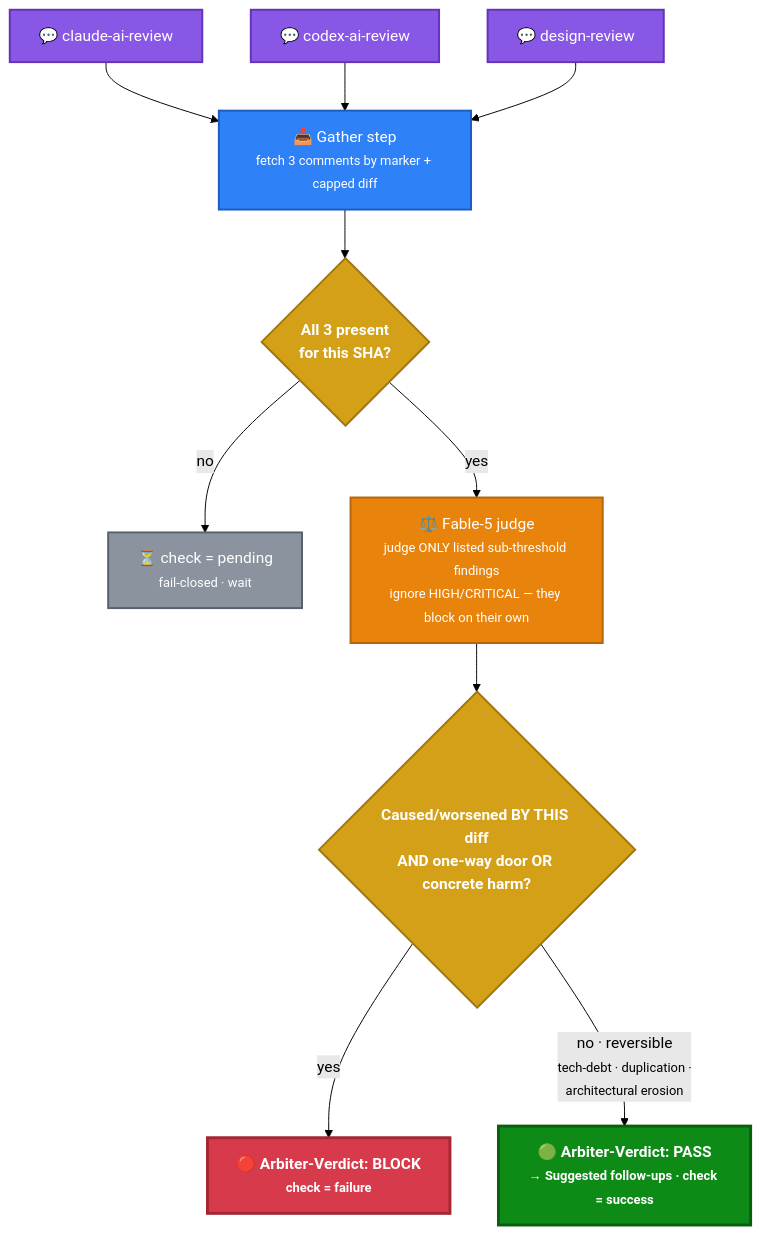
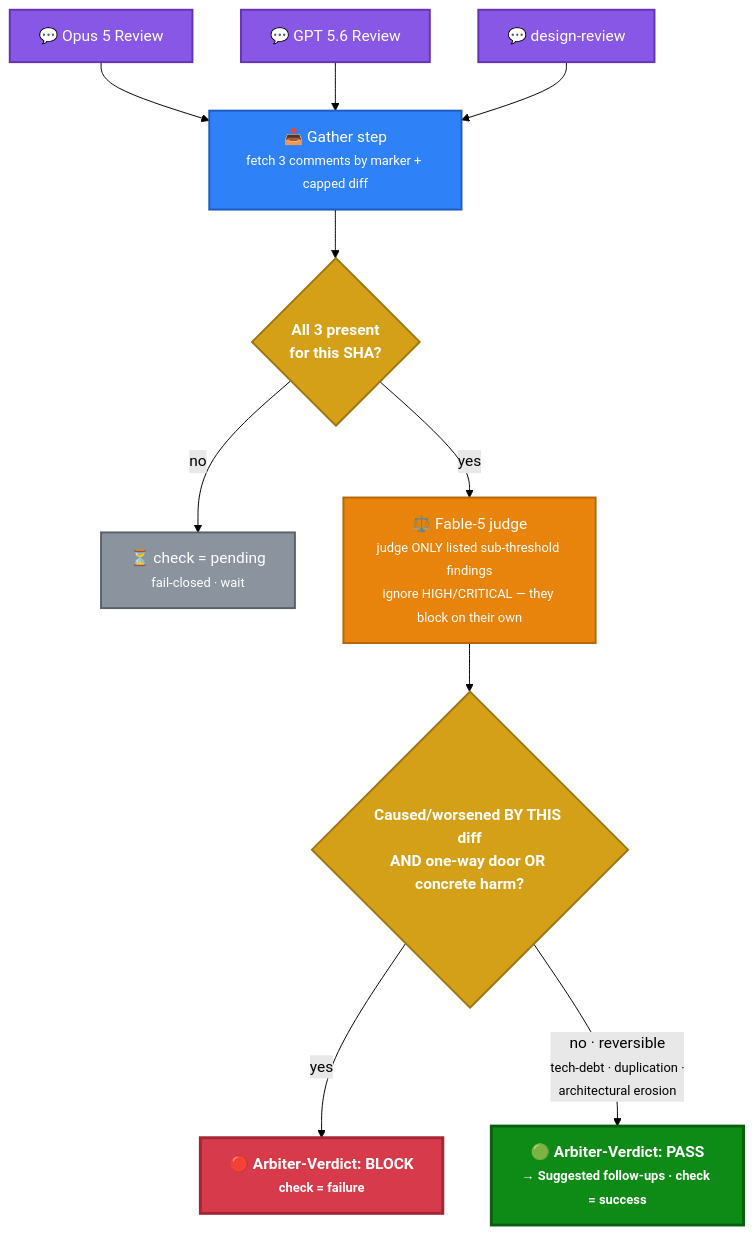
One commit to Arin016/KiroCrew changed the second of 3 diagrams in docs/ci/ci-and-prepare-pr.md. Above: the diagram before and after it, drawn with Mermaid (forest theme). The commit also changed other lines of this file and 10 other files, not shown here.

````diff
--- a/docs/ci/ci-and-prepare-pr.md
+++ b/docs/ci/ci-and-prepare-pr.md
@@ -138,28 +138,28 @@
 ```mermaid
 flowchart TB
-    C1["💬 claude-ai-review"] --> G
-    C2["💬 codex-ai-review"] --> G
+    C1["💬 Opus 5 Review"] --> G
+    C2["💬 GPT 5.6 Review"] --> G
     C3["💬 design-review"] --> G
     G["📥 Gather step<br/><small>fetch 3 comments by marker + capped diff</small>"] --> W{"All 3 present<br/>for this SHA?"}
     W -- "no" --> WAIT["⏳ check = pending<br/><small>fail-closed · wait</small>"]
     W -- "yes" --> M["⚖️ Fable-5 judge<br/><small>judge ONLY listed sub-threshold findings<br/>ignore HIGH/CRITICAL — they block on their own</small>"]
     M --> B{"Caused/worsened BY THIS diff<br/>AND one-way door OR concrete harm?"}
     B -- "yes" --> BLOCK["🔴 Arbiter-Verdict: BLOCK<br/><small>check = failure</small>"]
     B -- "no · reversible<br/><small>tech-debt · duplication ·<br/>architectural erosion</small>" --> PASS["🟢 Arbiter-Verdict: PASS<br/><small>→ Suggested follow-ups · check = success</small>"]
 
     classDef cmt fill:#8957e5,stroke:#6533b5,stroke-width:2px,color:#fff;
     classDef step fill:#2f81f7,stroke:#1c5cbf,stroke-width:2px,color:#fff;
     classDef judge fill:#e8830c,stroke:#b5650a,stroke-width:2px,color:#fff;
     classDef decision fill:#d4a017,stroke:#9c7611,stroke-width:2px,color:#fff,font-weight:bold;
     classDef wait fill:#8b949e,stroke:#586069,stroke-width:2px,color:#fff;
     classDef block fill:#d73a4a,stroke:#a32633,stroke-width:3px,color:#fff,font-weight:bold;
     classDef pass fill:#0e8a16,stroke:#0a5f0f,stroke-width:3px,color:#fff,font-weight:bold;
 
     class C1,C2,C3 cmt;
     class G step;
     class M judge;
     class W,B decision;
     class WAIT wait;
     class BLOCK block;
     class PASS pass;
 ```
````
